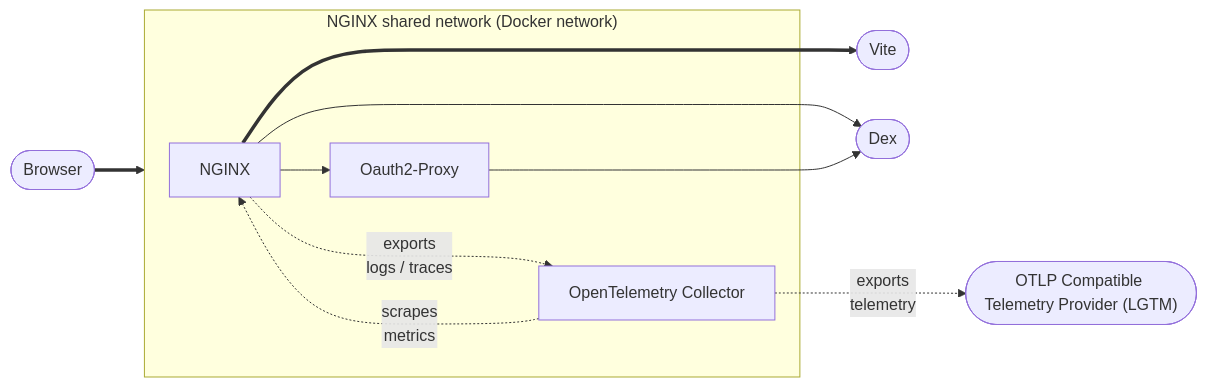
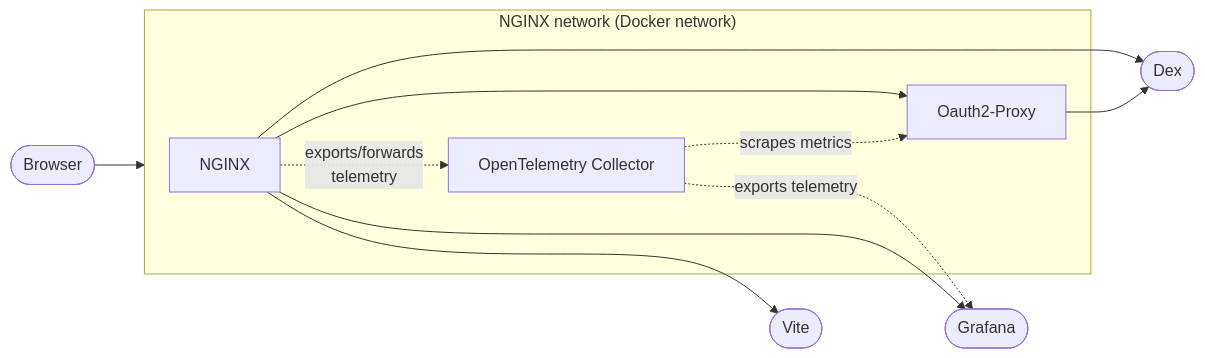
The diagram in examples/telemetry/README.md (blakearoberts/visage), drawn with Mermaid before and after one commit. The commit also changed other lines of this file and 2 other files, not shown here.

Commit message:
Add standalone OpenTelemetry Collector example

````diff
--- a/examples/telemetry/README.md
+++ b/examples/telemetry/README.md
@@ -41,14 +13,16 @@
 ```mermaid
 flowchart LR
-  subgraph network["NGINX shared network (Docker network)"]
+  subgraph network["NGINX network (Docker network)"]
     NGINX --> Oauth2-Proxy
-    NGINX -.->|exports</br>logs / traces| otelcol[OpenTelemetry Collector]
-    otelcol -..->|scrapes</br>metrics| NGINX
+    NGINX -.->|exports/forwards</br>telemetry| otelcol[OpenTelemetry Collector]
+    otelcol -..->|scrapes metrics| Oauth2-Proxy
   end
+  browser([Browser]) --> network
 
-  browser([Browser]) ==> network
-  NGINX ====> vite([Vite])
+  otelcol -..->|exports telemetry| grafana
+
+  NGINX ---> vite([Vite])
+  NGINX --> grafana([Grafana])
   NGINX --> idp([Dex])
-  Oauth2-Proxy ---> idp
-  otelcol -..->|exports</br>telemetry| tp(["OTLP Compatible Telemetry Provider (LGTM)"])
+  Oauth2-Proxy --> idp
 ```
````
